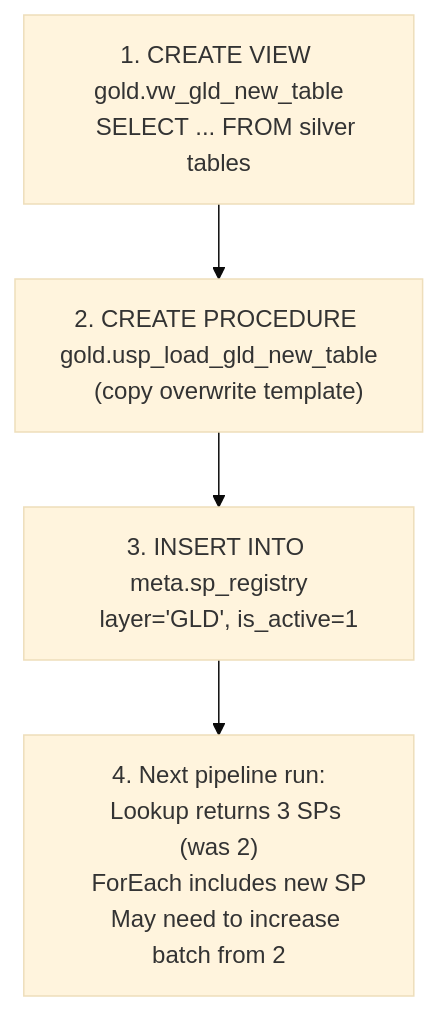
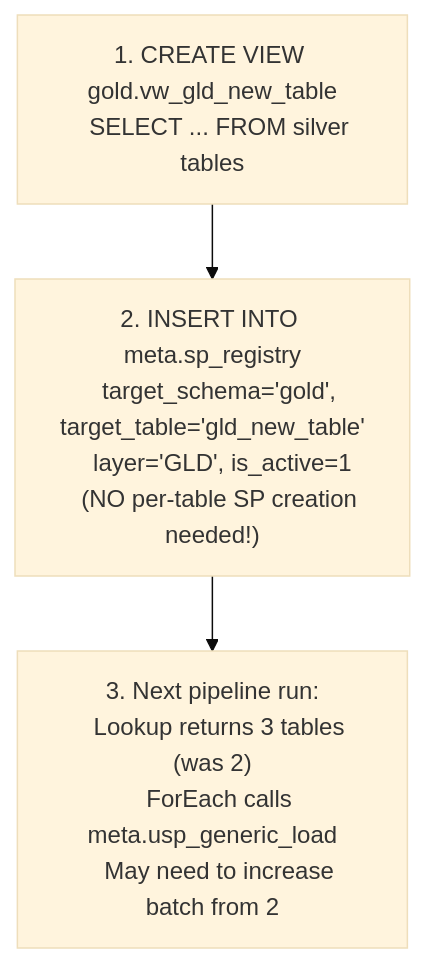
Before and after one commit to ankinguyen-engineer-2002/Fabric-v9-Warehouse-Medallion: diagram 11 of 11 in Fabric_Architect/v9_pipeline_supplychain.md, drawn with Mermaid (base theme). The commit also changed other lines of this file and 7 other files, not shown here.

First line of the commit message:
Generic SP migration: 28 per-table SPs → 1 meta.usp_generic_load

````diff
--- a/Fabric_Architect/v9_pipeline_supplychain.md
+++ b/Fabric_Architect/v9_pipeline_supplychain.md
@@ -452,9 +450,8 @@
 ```mermaid
 flowchart TD
     A["1. CREATE VIEW gold.vw_gld_new_table\n   SELECT ... FROM silver tables"]
-    B["2. CREATE PROCEDURE gold.usp_load_gld_new_table\n   (copy overwrite template)"]
-    C["3. INSERT INTO meta.sp_registry\n   layer='GLD', is_active=1"]
-    D["4. Next pipeline run:\n   Lookup returns 3 SPs (was 2)\n   ForEach includes new SP\n   May need to increase batch from 2"]
+    B["2. INSERT INTO meta.sp_registry\n   target_schema='gold', target_table='gld_new_table'\n   layer='GLD', is_active=1\n   (NO per-table SP creation needed!)"]
+    C["3. Next pipeline run:\n   Lookup returns 3 tables (was 2)\n   ForEach calls meta.usp_generic_load\n   May need to increase batch from 2"]
 
-    A --> B --> C --> D
+    A --> B --> C
 ```
````
